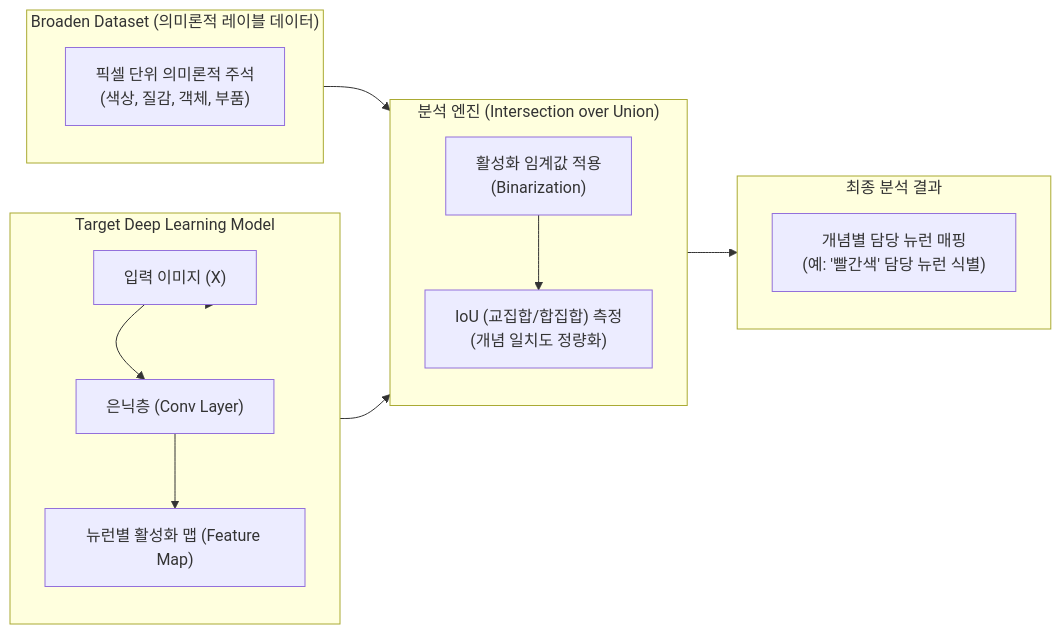
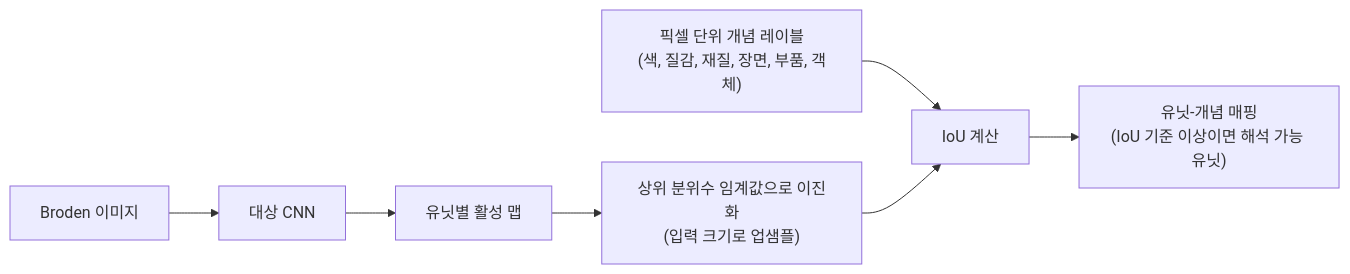
Before and after one commit to supremethumb/supremethumb.github.io: the diagram in content/01_IT Tech/Network Dessection.md, drawn with Mermaid. The commit also changed other lines of this file and 1087 other files, not shown here.

````diff
--- a/content/01_IT Tech/Network Dessection.md
+++ b/content/01_IT Tech/Network Dessection.md
@@ -28,31 +36,9 @@
 ```mermaid
 flowchart LR
-    subgraph TargetModel["Target Deep Learning Model"]
-        direction TB
-        Input["입력 이미지 (X)"] --> Layer["은닉층 (Conv Layer)"]
-        Layer --> Activations["뉴런별 활성화 맵 (Feature Map)"]
-    end
-
-    subgraph BrodenDataset["Broaden Dataset (의미론적 레이블 데이터)"]
-        direction TB
-        B_Img["픽셀 단위 의미론적 주석<br/>(색상, 질감, 객체, 부품)"]
-    end
-
-    subgraph AnalysisEngine["분석 엔진 (Intersection over Union)"]
-        direction TB
-        Align["활성화 임계값 적용<br/>(Binarization)"]
-        IoU["IoU (교집합/합집합) 측정<br/>(개념 일치도 정량화)"]
-        Align --> IoU
-    end
-
-    subgraph Output["최종 분석 결과"]
-        direction TB
-        Report["개념별 담당 뉴런 매핑<br/>(예: '빨간색' 담당 뉴런 식별)"]
-    end
-
-    Input --> TargetModel
-    B_Img --> AnalysisEngine
-    Activations --> AnalysisEngine
-    IoU --> Output
-
+    IMG["Broden 이미지"] --> CNN["대상 CNN"]
+    CNN --> ACT["유닛별 활성 맵"]
+    ACT --> TH["상위 분위수 임계값으로 이진화<br/>(입력 크기로 업샘플)"]
+    LAB["픽셀 단위 개념 레이블<br/>(색, 질감, 재질, 장면, 부품, 객체)"] --> IOU
+    TH --> IOU["IoU 계산"]
+    IOU --> OUT["유닛-개념 매핑<br/>(IoU 기준 이상이면 해석 가능 유닛)"]
 ```
````
